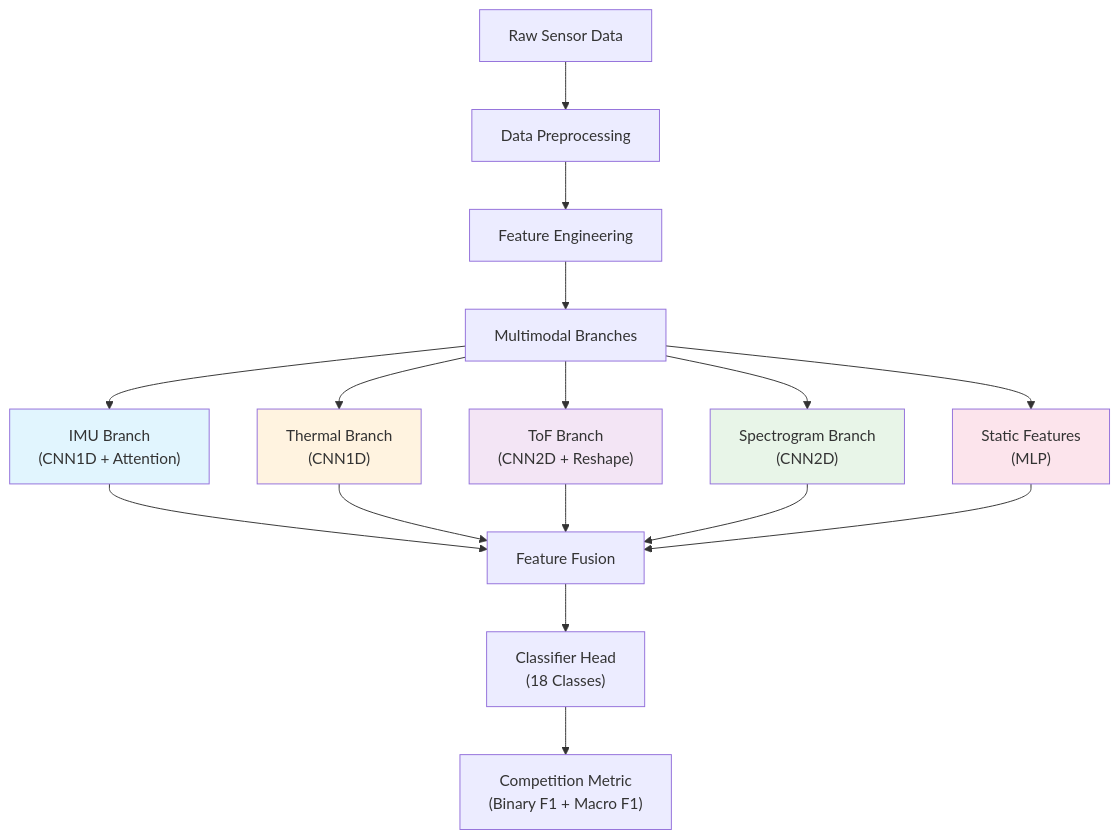
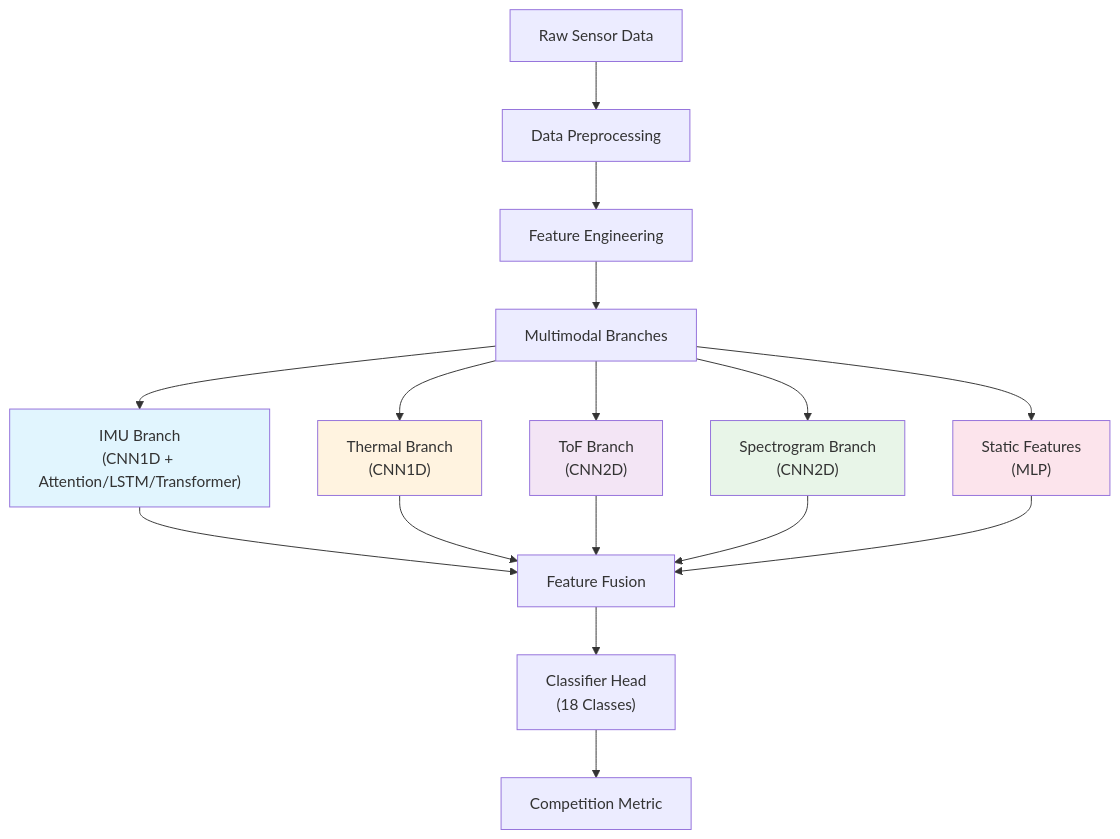
One commit to NickSiboZhu/CMI2025 changed the first of 2 diagrams in README.md. Above: the diagram before and after it, drawn with Mermaid. The commit also changed other lines of this file and 15 other files, not shown here.

````diff
--- a/README.md
+++ b/README.md
@@ -34,27 +43,27 @@
 ```mermaid
 graph TD
     A["Raw Sensor Data"] --> B["Data Preprocessing"]
     B --> C["Feature Engineering"]
     C --> D["Multimodal Branches"]
     
-    D --> E["IMU Branch<br/>(CNN1D + Attention)"]
+    D --> E["IMU Branch<br/>(CNN1D + Attention/LSTM/Transformer)"]
     D --> F["Thermal Branch<br/>(CNN1D)"]
-    D --> G["ToF Branch<br/>(CNN2D + Reshape)"]
+    D --> G["ToF Branch<br/>(CNN2D)"]
     D --> H["Spectrogram Branch<br/>(CNN2D)"]
     D --> I["Static Features<br/>(MLP)"]
     
     E --> J["Feature Fusion"]
     F --> J
     G --> J
     H --> J
     I --> J
     
     J --> K["Classifier Head<br/>(18 Classes)"]
-    K --> L["Competition Metric<br/>(Binary F1 + Macro F1)"]
+    K --> L["Competition Metric"]
     
     style E fill:#e1f5fe
     style F fill:#fff3e0
     style G fill:#f3e5f5
     style H fill:#e8f5e8
     style I fill:#fce4ec
 ```
````
